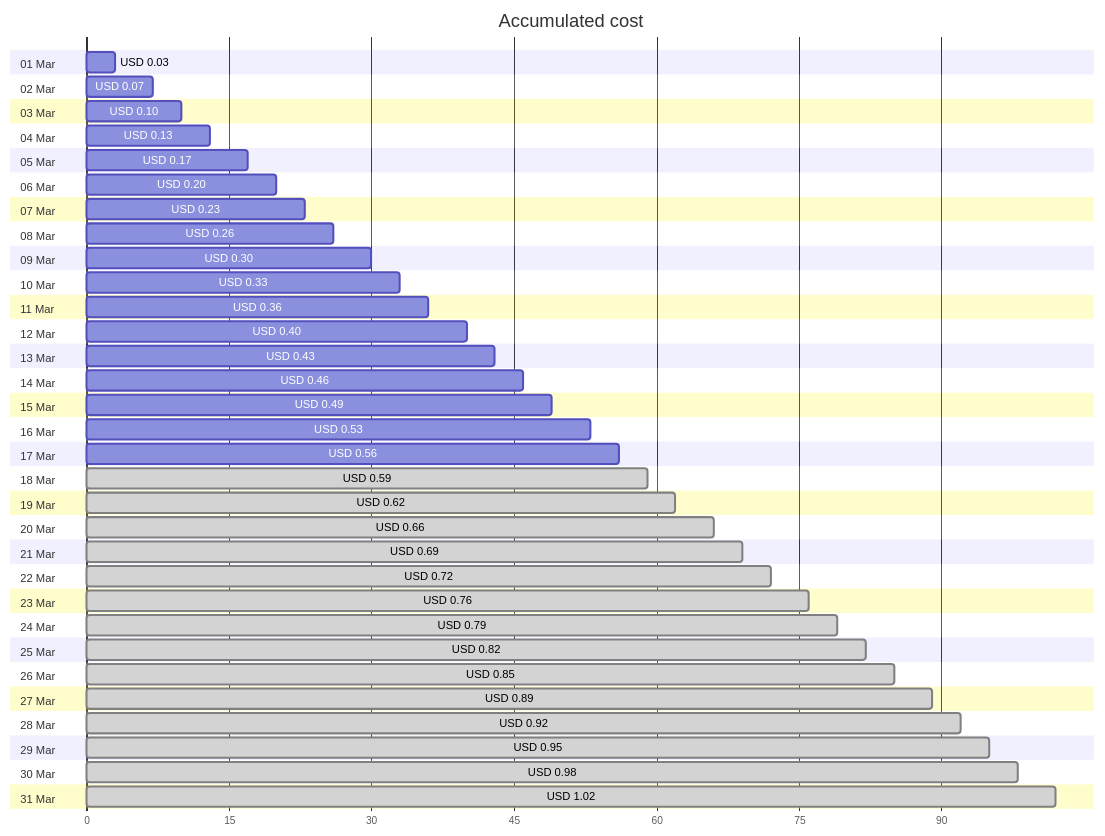
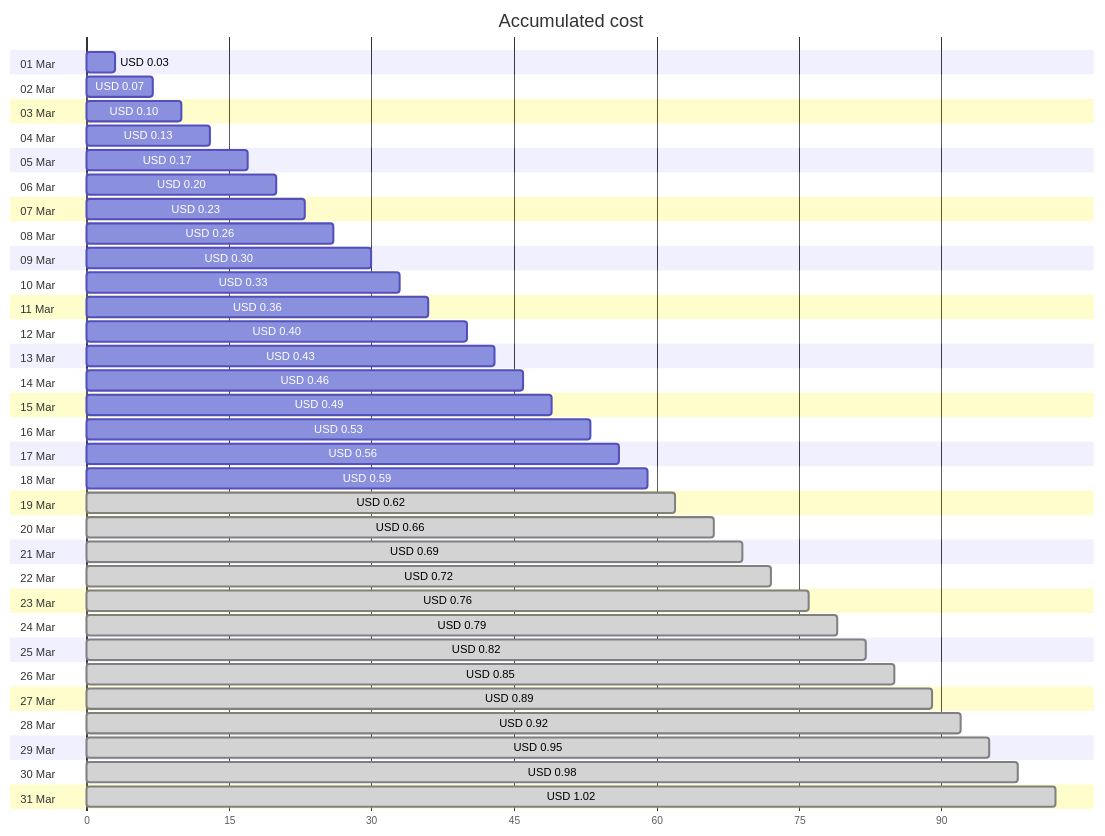
The first of 4 diagrams in cost-reports/personal-dns/README.md (jpfulton/azure-personal-reports), drawn with Mermaid before and after one commit. The commit also changed other lines of this file and 2 other files, not shown here.

````diff
--- a/cost-reports/personal-dns/README.md
+++ b/cost-reports/personal-dns/README.md
@@ -20,68 +20,68 @@
 ```mermaid
 gantt
    title Accumulated cost
    dateFormat  X
    axisFormat %s
    section 01 Mar
    USD 0.03 :0, 3
    section 02 Mar
    USD 0.07 :0, 7
    section 03 Mar
    USD 0.10 :0, 10
    section 04 Mar
    USD 0.13 :0, 13
    section 05 Mar
    USD 0.17 :0, 17
    section 06 Mar
    USD 0.20 :0, 20
    section 07 Mar
    USD 0.23 :0, 23
    section 08 Mar
    USD 0.26 :0, 26
    section 09 Mar
    USD 0.30 :0, 30
    section 10 Mar
    USD 0.33 :0, 33
    section 11 Mar
    USD 0.36 :0, 36
    section 12 Mar
    USD 0.40 :0, 40
    section 13 Mar
    USD 0.43 :0, 43
    section 14 Mar
    USD 0.46 :0, 46
    section 15 Mar
    USD 0.49 :0, 49
    section 16 Mar
    USD 0.53 :0, 53
    section 17 Mar
    USD 0.56 :0, 56
    section 18 Mar
-   USD 0.59 : done, 0, 59
+   USD 0.59 :0, 59
    section 19 Mar
    USD 0.62 : done, 0, 62
    section 20 Mar
    USD 0.66 : done, 0, 66
    section 21 Mar
    USD 0.69 : done, 0, 69
    section 22 Mar
    USD 0.72 : done, 0, 72
    section 23 Mar
    USD 0.76 : done, 0, 76
    section 24 Mar
    USD 0.79 : done, 0, 79
    section 25 Mar
    USD 0.82 : done, 0, 82
    section 26 Mar
    USD 0.85 : done, 0, 85
    section 27 Mar
    USD 0.89 : done, 0, 89
    section 28 Mar
    USD 0.92 : done, 0, 92
    section 29 Mar
    USD 0.95 : done, 0, 95
    section 30 Mar
    USD 0.98 : done, 0, 98
    section 31 Mar
    USD 1.02 : done, 0, 102
 ```
````
